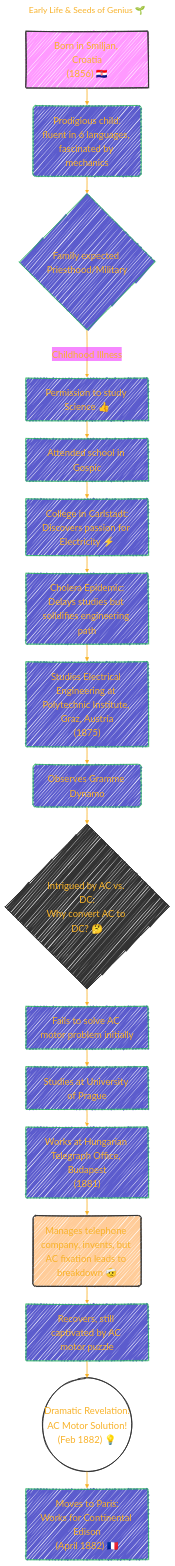
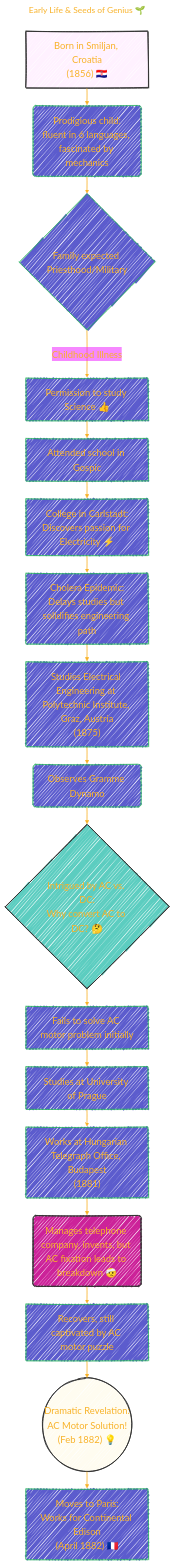
One commit to CongLeSolutionX/Nikola_Tesla changed the first of 9 diagrams in Case_Files_Nikola_Tesla/Case_Files_Nikola_Tesla.md. Above: the diagram before and after it, drawn with Mermaid. The commit also changed other lines of this file, not shown here.

````diff
--- a/Case_Files_Nikola_Tesla/Case_Files_Nikola_Tesla.md
+++ b/Case_Files_Nikola_Tesla/Case_Files_Nikola_Tesla.md
@@ -61,55 +61,55 @@
 ```mermaid
 ---
 title: "Early Life & Seeds of Genius 🌱"
 author: "Cong Le"
 version: "1.0"
 license(s): "MIT, CC BY-SA 4.0"
 copyright: "Copyright (c) 2025 Cong Le. All Rights Reserved."
 config:
   layout: elk
   theme: base
   look: handDrawn
 ---
 %%%%%%%% Mermaid version v11.4.1-b.14
 %%%%%%%% Available curve styles include the following keywords:
 %% basis, bumpX, bumpY, cardinal, catmullRom, linear, monotoneX, monotoneY, natural, step, stepAfter, stepBefore.
 %%{
   init: {
     'flowchart': { 'htmlLabels': true, 'curve': 'basis' },
     'fontFamily': 'American Typewriter, monospace',
     'logLevel': 'fatal',
     'themeVariables': {
       'primaryColor': '#22BB',
       'primaryTextColor': '#F8B229',
       'lineColor': '#F8B229',
       'primaryBorderColor': '#27AE60',
       'secondaryColor': '#E2F1',
       'secondaryTextColor': '#6C3483',
       'secondaryBorderColor': '#A569BD',
       'fontSize': '20px'
     }
   }
 }%%
 flowchart TD
     A["Born in Smiljan, Croatia<br/>(1856) 🇭🇷"] --> B("Prodigious child:<br/>fluent in 6 languages, fascinated by mechanics")
     B --> C{"Family expected Priesthood/Military"}
     C -- Childhood Illness --> D["Permission to study Science 👍"]
     D --> E["Attended school in Gospic"]
     E --> F["College in Carlstadt:<br/>Discovers passion for Electricity ⚡"]
     F --> G["Cholera Epidemic:<br/>Delays studies but solidifies engineering path"]
     G --> H["Studies Electrical Engineering at Polytechnic Institute, Graz, Austria<br/>(1875)"]
     H --> I("Observes Gramme Dynamo")
     I --> J{"Intrigued by AC vs. DC:<br/>Why convert AC to DC? 🤔"}
     J --> K["Fails to solve AC motor problem initially"]
     K --> L["Studies at University of Prague"]
     L --> M["Works at Hungarian Telegraph Office, Budapest<br/>(1881)"]
     M --> N("Manages telephone company, invents, but AC fixation leads to breakdown 🤕")
     N --> O["Recovers, still captivated by AC motor puzzle"]
     O --> P(("Dramatic Revelation:<br/>AC Motor Solution!<br/>(Feb 1882) 💡"))
     P --> Q["Moves to Paris:<br/>Works for Continental Edison<br/>(April 1882) 🇫🇷"]
 
-    style A fill:#f9f,stroke:#333,stroke-width:2px
-    style P fill:#lightgreen,stroke:#333,stroke-width:2px
-    style J fill:#lightblue,stroke:#333,stroke-width:2px
-    style N fill:#ffcc99,stroke:#333,stroke-width:2px
+    style A fill:#f9f2,stroke:#333,stroke-width:2px
+    style P fill:#fc21,stroke:#333,stroke-width:2px
+    style J fill:#2BAB,stroke:#333,stroke-width:2px
+    style N fill:#c29,stroke:#333,stroke-width:2px
 ```
````
